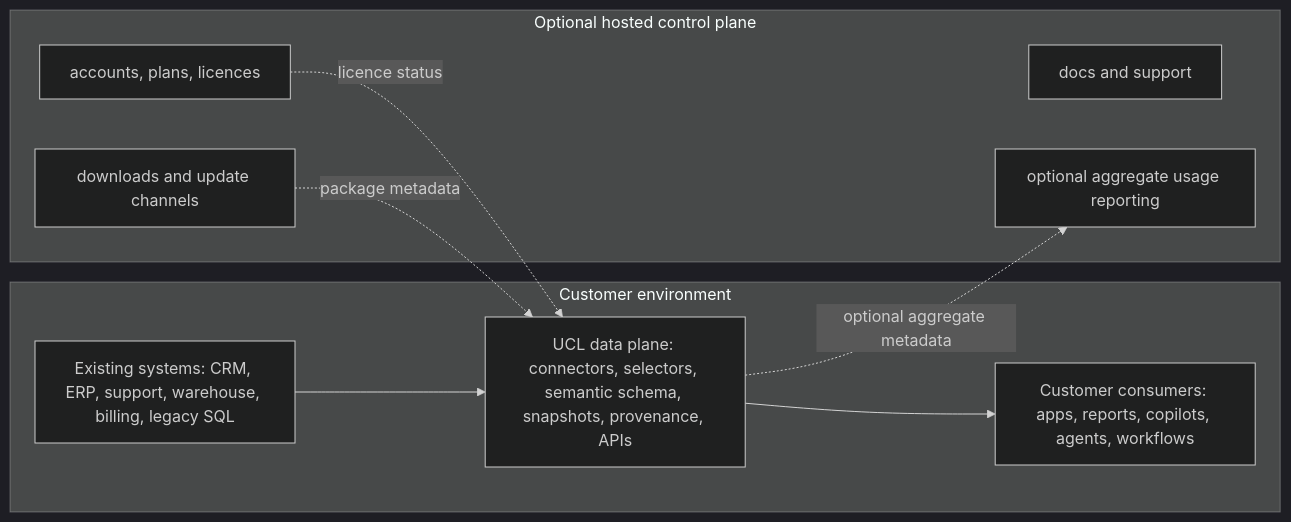
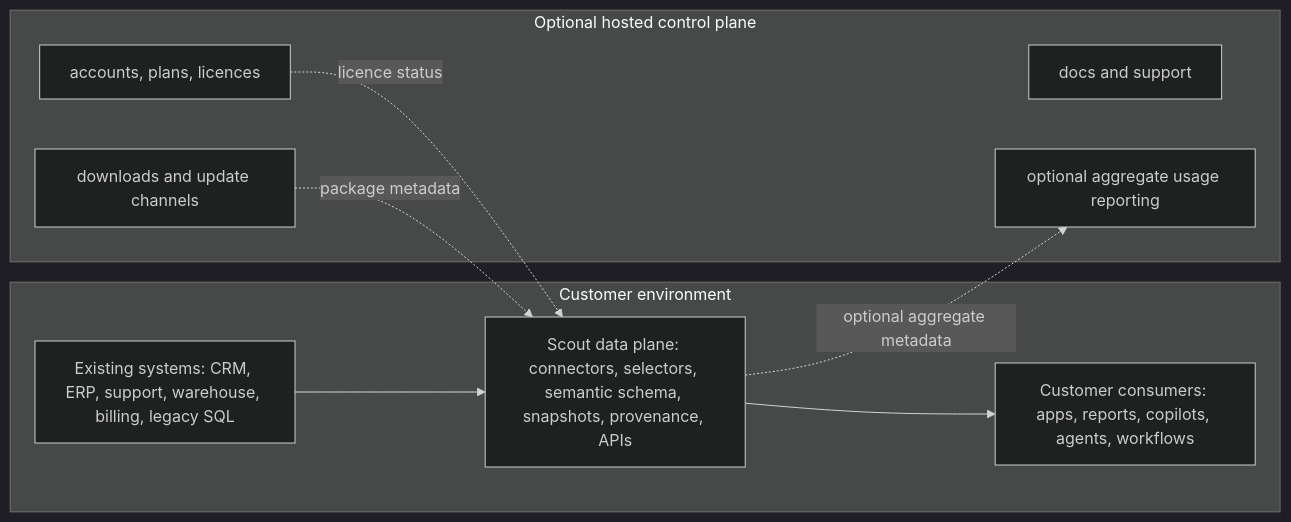
The second of 2 diagrams in README.md (PaulJMaddison/scout), drawn with Mermaid (dark theme) before and after one commit. The commit also changed other lines of this file and 572 other files, not shown here.

````diff
--- a/README.md
+++ b/README.md
@@ -141,21 +124,21 @@
 ```mermaid
 flowchart LR
     subgraph Customer["Customer environment"]
         SourcesC["Existing systems: CRM, ERP, support, warehouse, billing, legacy SQL"]
-        DataPlane["UCL data plane: connectors, selectors, semantic schema, snapshots, provenance, APIs"]
+        DataPlane["Scout data plane: connectors, selectors, semantic schema, snapshots, provenance, APIs"]
         CConsumers["Customer consumers: apps, reports, copilots, agents, workflows"]
         SourcesC --> DataPlane
         DataPlane --> CConsumers
     end
 
     subgraph Hosted["Optional hosted control plane"]
         Accounts["accounts, plans, licences"]
         Downloads["downloads and update channels"]
         SupportH["docs and support"]
         Usage["optional aggregate usage reporting"]
     end
 
     Accounts -. licence status .-> DataPlane
     Downloads -. package metadata .-> DataPlane
     DataPlane -. optional aggregate metadata .-> Usage
 ```
````
